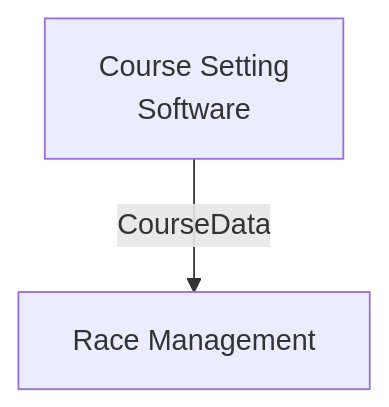
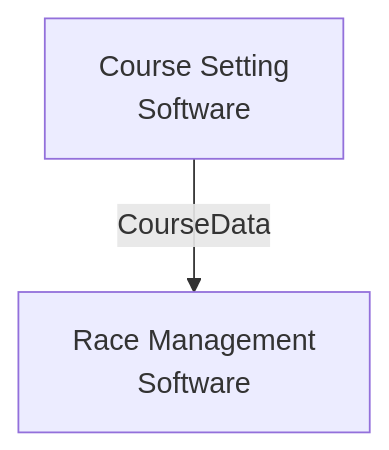
One commit to international-orienteering-federation/datastandard-v.next changed the fourth of 6 diagrams in FLOW.md. Above: the diagram before and after it, drawn with Mermaid. The commit also changed other lines of this file, not shown here.

````diff
--- a/FLOW.md
+++ b/FLOW.md
@@ -102,8 +102,8 @@
 ```mermaid
 
 flowchart TD
-  RM[Race Management]
+  RM[Race Management<br>Software]
 
   CS[Course Setting<br>Software]--CourseData-->RM
 
 ```
````
